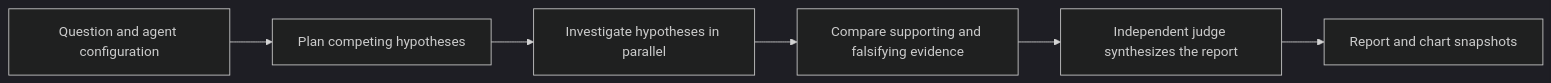
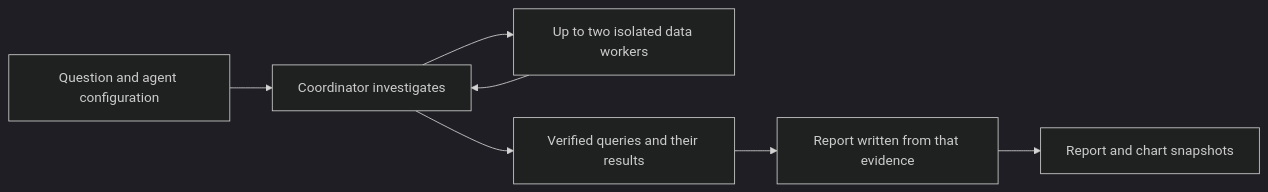
The diagram in guides/ai-agents/deep-research.mdx (lightdash/mintlify-docs), drawn with Mermaid (dark theme) before and after one commit. The commit also changed other lines of this file, not shown here.

First line of the commit message:
docs(ai-agents): update deep research for the bounded coordinator (#1084)

````diff
--- a/guides/ai-agents/deep-research.mdx
+++ b/guides/ai-agents/deep-research.mdx
@@ -41,8 +41,9 @@
 ```mermaid
 flowchart LR
-    A["Question and agent configuration"] --> B["Plan competing hypotheses"]
-    B --> C["Investigate hypotheses in parallel"]
-    C --> D["Compare supporting and falsifying evidence"]
-    D --> E["Independent judge synthesizes the report"]
+    A["Question and agent configuration"] --> B["Coordinator investigates"]
+    B --> C["Up to two isolated data workers"]
+    C --> B
+    B --> D["Verified queries and their results"]
+    D --> E["Report written from that evidence"]
     E --> F["Report and chart snapshots"]
 ```
````
